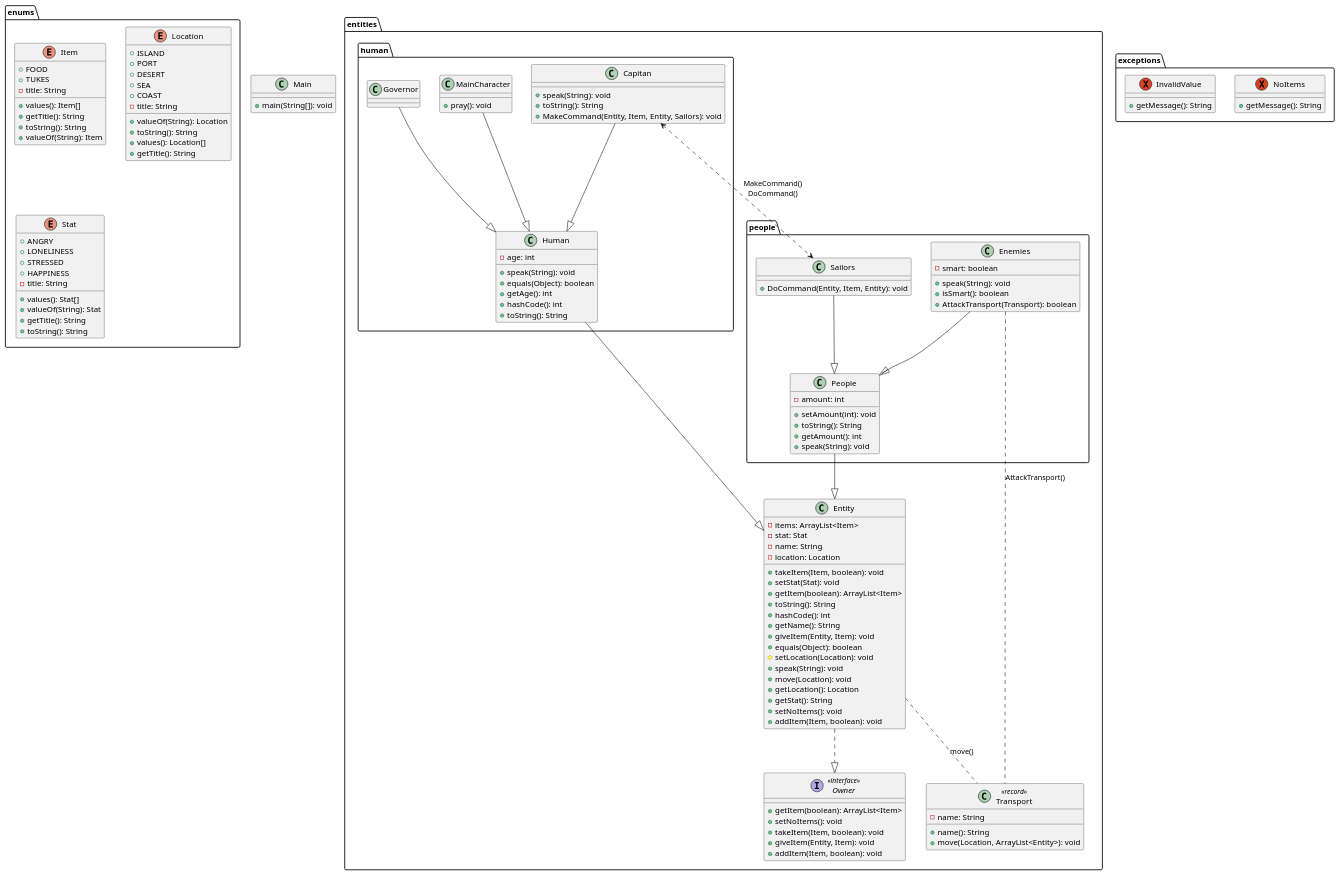
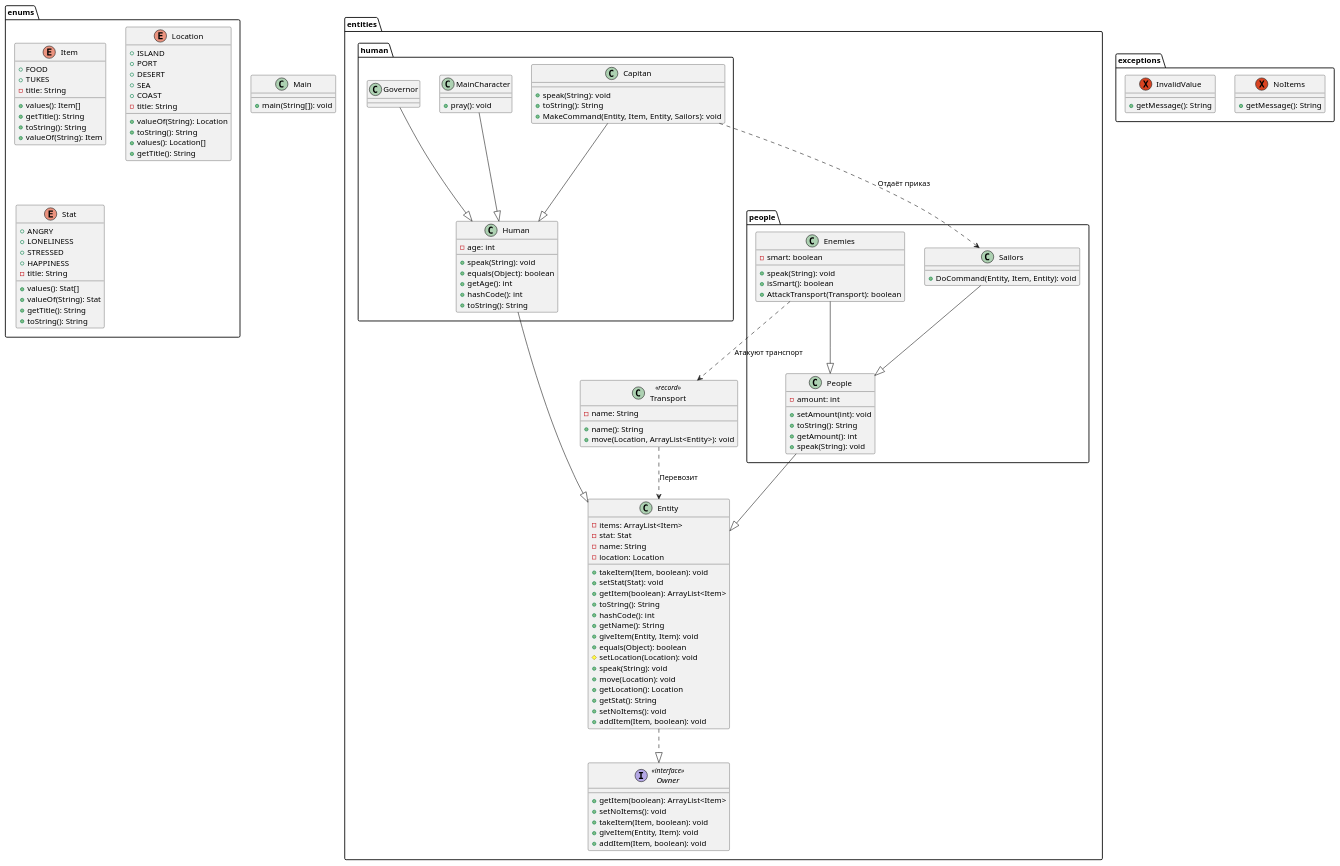
One commit to Dkanil/ITMO changed the diagram in semester1/programming/lab3/lab3.plantuml. Above: the diagram before and after it, drawn with PlantUML.

Commit message:
programming lab3 upd

```diff
--- a/semester1/programming/lab3/lab3.plantuml
+++ b/semester1/programming/lab3/lab3.plantuml
@@ -1,133 +1,135 @@
 @startuml
 
 package entities{
     class Entity {
       - items: ArrayList<Item>
       - stat: Stat
       - name: String
       - location: Location
       + takeItem(Item, boolean): void
       + setStat(Stat): void
       + getItem(boolean): ArrayList<Item>
       + toString(): String
       + hashCode(): int
       + getName(): String
       + giveItem(Entity, Item): void
       + equals(Object): boolean
       # setLocation(Location): void
       + speak(String): void
       + move(Location): void
       + getLocation(): Location
       + getStat(): String
       + setNoItems(): void
       + addItem(Item, boolean): void
     }
     interface Owner << interface >> {
       + getItem(boolean): ArrayList<Item>
       + setNoItems(): void
       + takeItem(Item, boolean): void
       + giveItem(Entity, Item): void
       + addItem(Item, boolean): void
     }
     class Transport <<record>> {
       - name: String
       + name(): String
       + move(Location, ArrayList<Entity>): void
     }
     package human{
         class Human {
           - age: int
           + speak(String): void
           + equals(Object): boolean
           + getAge(): int
           + hashCode(): int
           + toString(): String
         }
         class Capitan {
           + speak(String): void
           + toString(): String
           + MakeCommand(Entity, Item, Entity, Sailors): void
         }
         class MainCharacter {
           + pray(): void
         }
         class Governor
     }
     package people{
         class People {
           - amount: int
           + setAmount(int): void
           + toString(): String
           + getAmount(): int
           + speak(String): void
         }
         class Enemies {
           - smart: boolean
           + speak(String): void
           + isSmart(): boolean
           + AttackTransport(Transport): boolean
         }
         class Sailors {
           + DoCommand(Entity, Item, Entity): void
         }
     }
 }
 package enums{
     enum Item{
       + FOOD
       + TUKES
       - title: String
       + values(): Item[]
       + getTitle(): String
       + toString(): String
       + valueOf(String): Item
     }
     enum Location {
       + ISLAND
       + PORT
       + DESERT
       + SEA
       + COAST
       - title: String
       + valueOf(String): Location
       + toString(): String
       + values(): Location[]
       + getTitle(): String
     }
     enum Stat {
       + ANGRY
       + LONELINESS
       + STRESSED
       + HAPPINESS
       - title: String
       + values(): Stat[]
       + valueOf(String): Stat
       + getTitle(): String
       + toString(): String
     }
 }
 package exceptions{
     exception NoItems {
       + getMessage(): String
     }
     exception InvalidValue {
       + getMessage(): String
     }
 }
 
 class Main {
   + main(String[]): void
 }
 
-Entity          ..   Transport: move()
-Enemies         ..   Transport: AttackTransport()
+
+
 Entity         ..|>  Owner
 Human          --|>  Entity
 People         --|>  Entity
 Sailors        --|>  People
 Enemies        --|>  People
 Capitan        --|>  Human
 Governor       --|>  Human
 MainCharacter  --|>  Human
-Capitan <..> Sailors: MakeCommand()\nDoCommand()
+Capitan        ..>   Sailors: Отдаёт приказ
+Enemies        ..>   Transport: Атакуют транспорт
+Transport      ..>   Entity: Перевозит
 @enduml
```
